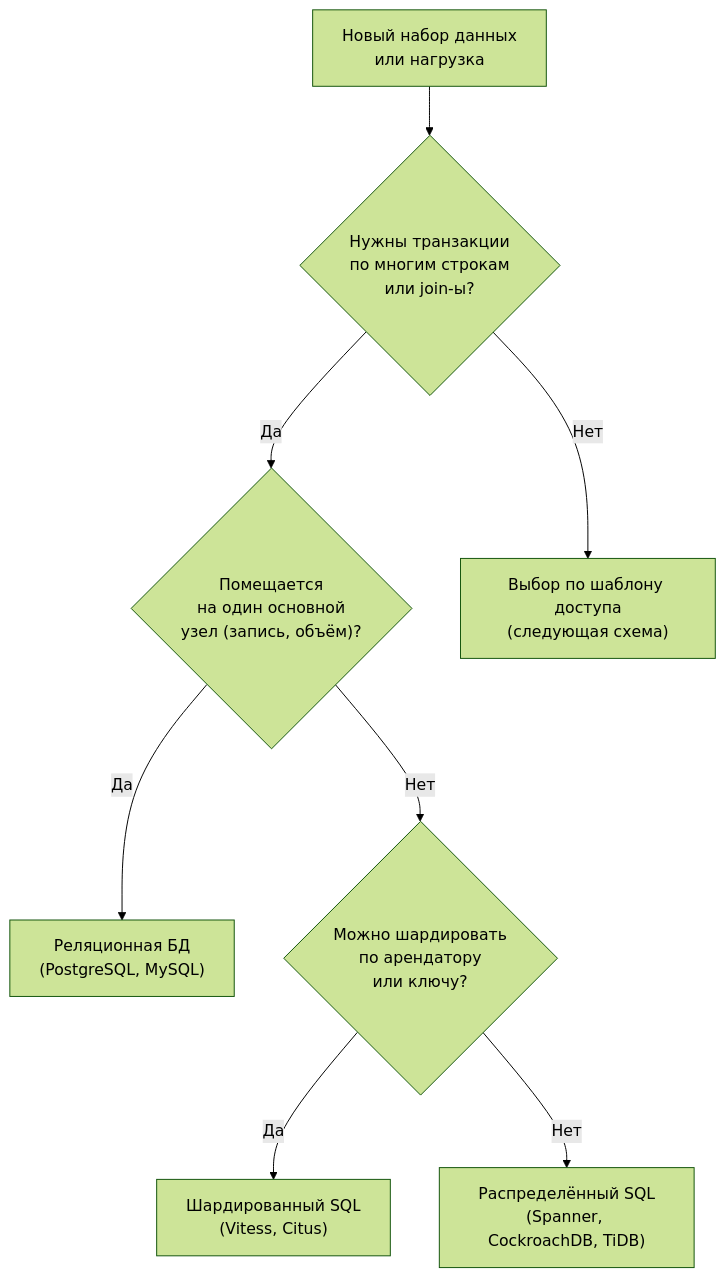
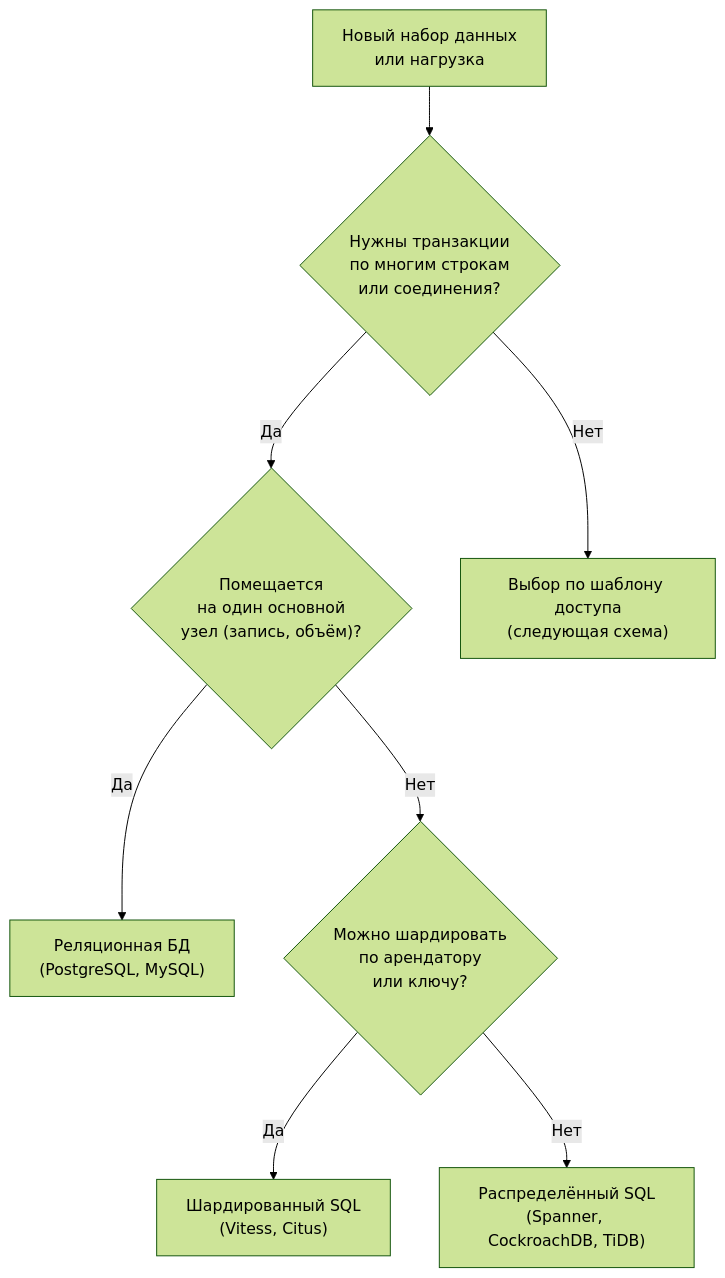
The first of 3 diagrams in src/content/docs/ru/data/sql-or-nosql.mdx (butyavk/system-design), drawn with Mermaid (forest theme) before and after one commit. The commit also changed other lines of this file and 117 other files, not shown here.

````diff
--- a/src/content/docs/ru/data/sql-or-nosql.mdx
+++ b/src/content/docs/ru/data/sql-or-nosql.mdx
@@ -21,10 +21,10 @@
 ```mermaid
 flowchart TD
-  start["Новый набор данных<br/>или нагрузка"] --> q1{"Нужны транзакции<br/>по многим строкам<br/>или join-ы?"}
+  start["Новый набор данных<br/>или нагрузка"] --> q1{"Нужны транзакции<br/>по многим строкам<br/>или соединения?"}
   q1 -->|"Да"| q2{"Помещается<br/>на один основной<br/>узел (запись, объём)?"}
   q2 -->|"Да"| rdb["Реляционная БД<br/>(PostgreSQL, MySQL)"]
   q2 -->|"Нет"| q3{"Можно шардировать<br/>по арендатору<br/>или ключу?"}
   q3 -->|"Да"| shard["Шардированный SQL<br/>(Vitess, Citus)"]
   q3 -->|"Нет"| dsql["Распределённый SQL<br/>(Spanner, CockroachDB, TiDB)"]
   q1 -->|"Нет"| q4["Выбор по шаблону доступа<br/>(следующая схема)"]
 ```
````
